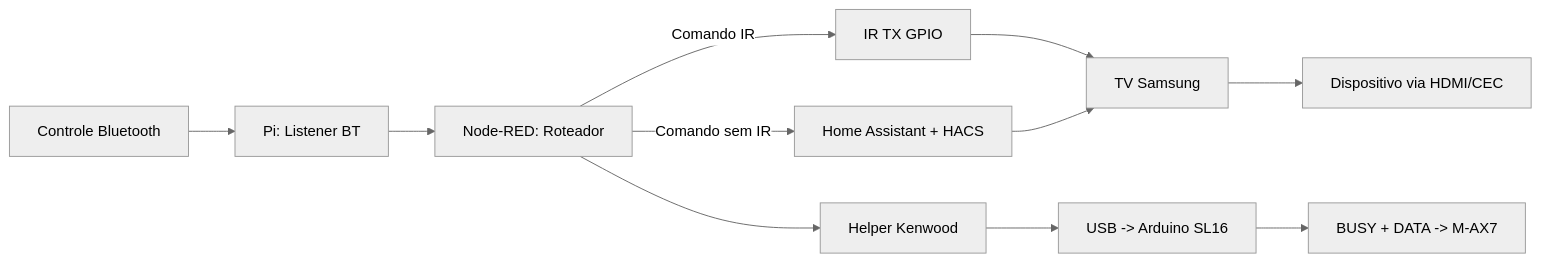
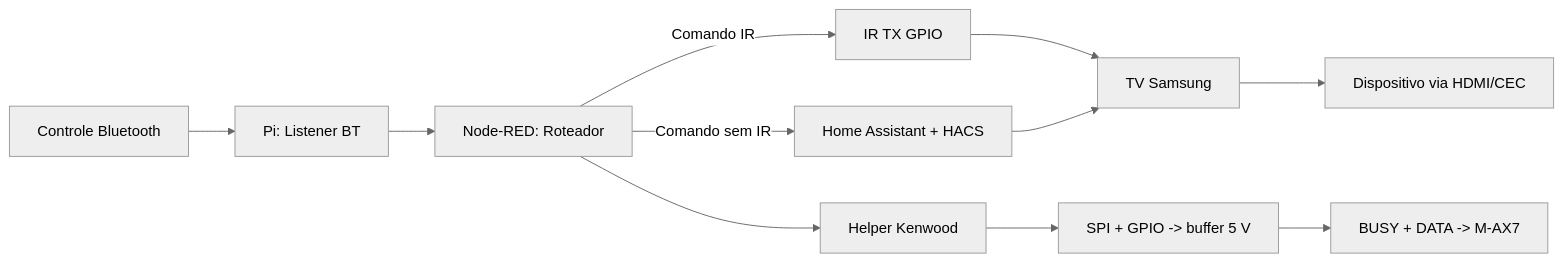
The diagram in docs/architecture/control-flows.md (Elvis-Christian/PiCeiver), drawn with Mermaid (neutral theme) before and after one commit. The commit also changed other lines of this file and 5 other files, not shown here.

````diff
--- a/docs/architecture/control-flows.md
+++ b/docs/architecture/control-flows.md
@@ -69,13 +70,13 @@
 ```mermaid
 flowchart LR
   RC["Controle Bluetooth"] --> PI["Pi: Listener BT"]
   PI --> NR["Node-RED: Roteador"]
   NR -->|Comando IR| IR["IR TX GPIO"]
   IR --> TV["TV Samsung"]
   TV --> DEV["Dispositivo via HDMI/CEC"]
   NR -->|Comando sem IR| HA["Home Assistant + HACS"]
   HA --> TV
   NR --> KWH["Helper Kenwood"]
-  KWH --> UNO["USB -> Arduino SL16"]
-  UNO --> AMP["BUSY + DATA -> M-AX7"]
+  KWH --> GPIO["SPI + GPIO -> buffer 5 V"]
+  GPIO --> AMP["BUSY + DATA -> M-AX7"]
 ```
````
